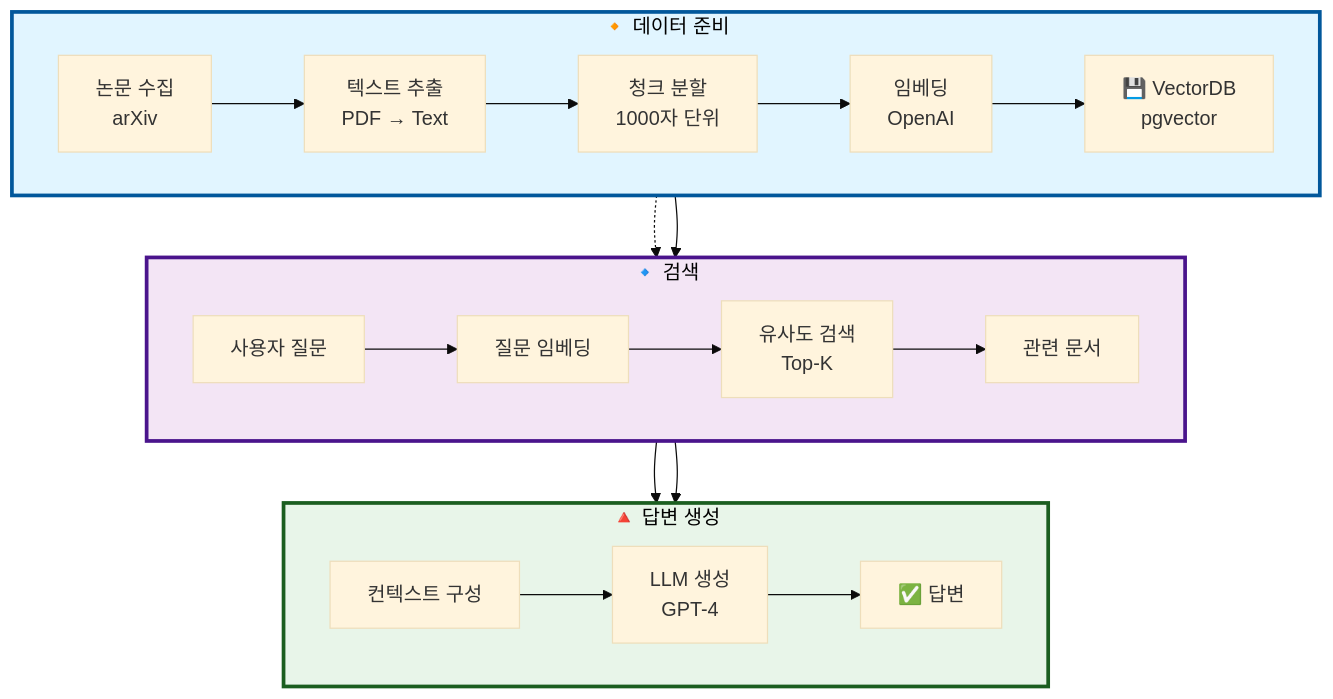
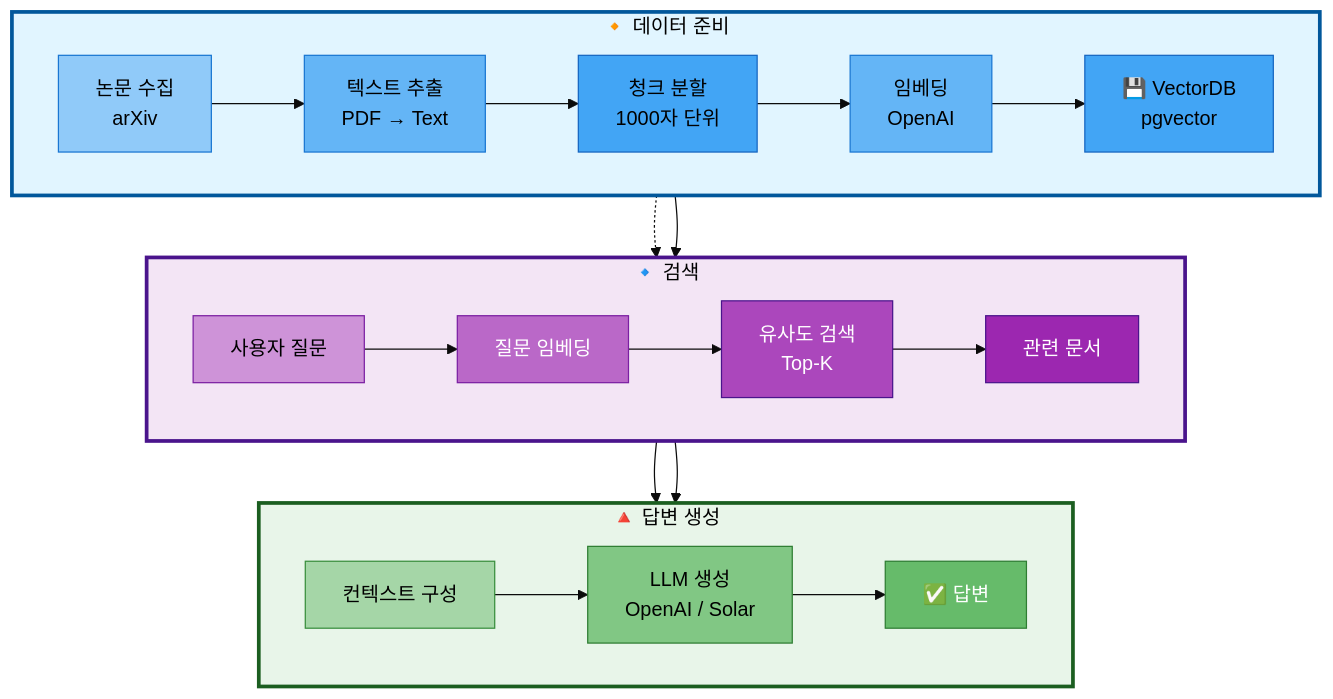
The diagram in docs/PRD/13_RAG_시스템_설계.md (woghd8503/langchainproject-new-langchainproject_5), drawn with Mermaid (base theme) before and after one commit.

Commit message:
style: RAG 시스템 Mermaid 다이어그램 색상 스타일 적용
mermaid_style.md 가이드에 따라 색상 팔레트 수정
- Subgraph 배경색: #e1f5ff (파랑), #f3e5f5 (보라), #e8f5e9 (녹색)
- 테두리 두께: 3px
- 노드 색상: 단계별 색상 계열 일관성 있게 적용

````diff
--- a/docs/PRD/13_RAG_시스템_설계.md
+++ b/docs/PRD/13_RAG_시스템_설계.md
@@ -14,33 +14,51 @@
 ```mermaid
 graph TB
     subgraph Prepare["🔸 데이터 준비"]
         direction LR
         A[논문 수집<br/>arXiv] --> B[텍스트 추출<br/>PDF → Text]
         B --> C[청크 분할<br/>1000자 단위]
         C --> D[임베딩<br/>OpenAI]
         D --> E[💾 VectorDB<br/>pgvector]
     end
 
     subgraph Search["🔹 검색"]
         direction LR
         F[사용자 질문] --> G[질문 임베딩]
         G --> H[유사도 검색<br/>Top-K]
         H --> I[관련 문서]
     end
 
     subgraph Generate["🔺 답변 생성"]
         direction LR
-        J[컨텍스트 구성] --> K[LLM 생성<br/>GPT-4]
+        J[컨텍스트 구성] --> K[LLM 생성<br/>OpenAI / Solar]
         K --> L[✅ 답변]
     end
 
     Prepare --> Search
     Search --> Generate
     E -.-> H
     I --> J
 
     %% Subgraph 스타일
     style Prepare fill:#e1f5ff,stroke:#01579b,stroke-width:3px,color:#000
     style Search fill:#f3e5f5,stroke:#4a148c,stroke-width:3px,color:#000
     style Generate fill:#e8f5e9,stroke:#1b5e20,stroke-width:3px,color:#000
+
+    %% 노드 스타일 (데이터 준비 - 파랑 계열)
+    style A fill:#90caf9,stroke:#1976d2,color:#000
+    style B fill:#64b5f6,stroke:#1976d2,color:#000
+    style C fill:#42a5f5,stroke:#1565c0,color:#000
+    style D fill:#64b5f6,stroke:#1976d2,color:#000
+    style E fill:#42a5f5,stroke:#1565c0,color:#000
+
+    %% 노드 스타일 (검색 - 보라 계열)
+    style F fill:#ce93d8,stroke:#7b1fa2,color:#000
+    style G fill:#ba68c8,stroke:#7b1fa2,color:#fff
+    style H fill:#ab47bc,stroke:#4a148c,color:#fff
+    style I fill:#9c27b0,stroke:#4a148c,color:#fff
+
+    %% 노드 스타일 (답변 생성 - 녹색 계열)
+    style J fill:#a5d6a7,stroke:#388e3c,color:#000
+    style K fill:#81c784,stroke:#2e7d32,color:#000
+    style L fill:#66bb6a,stroke:#2e7d32,color:#fff
 ```
````
